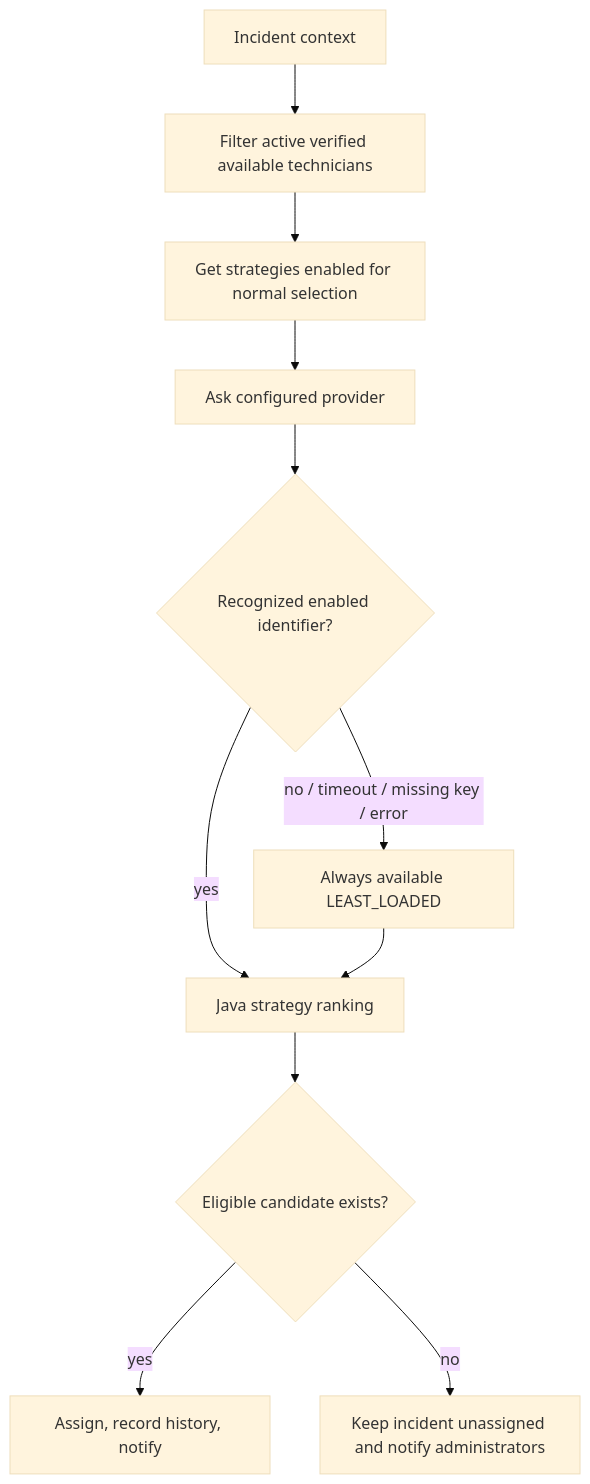
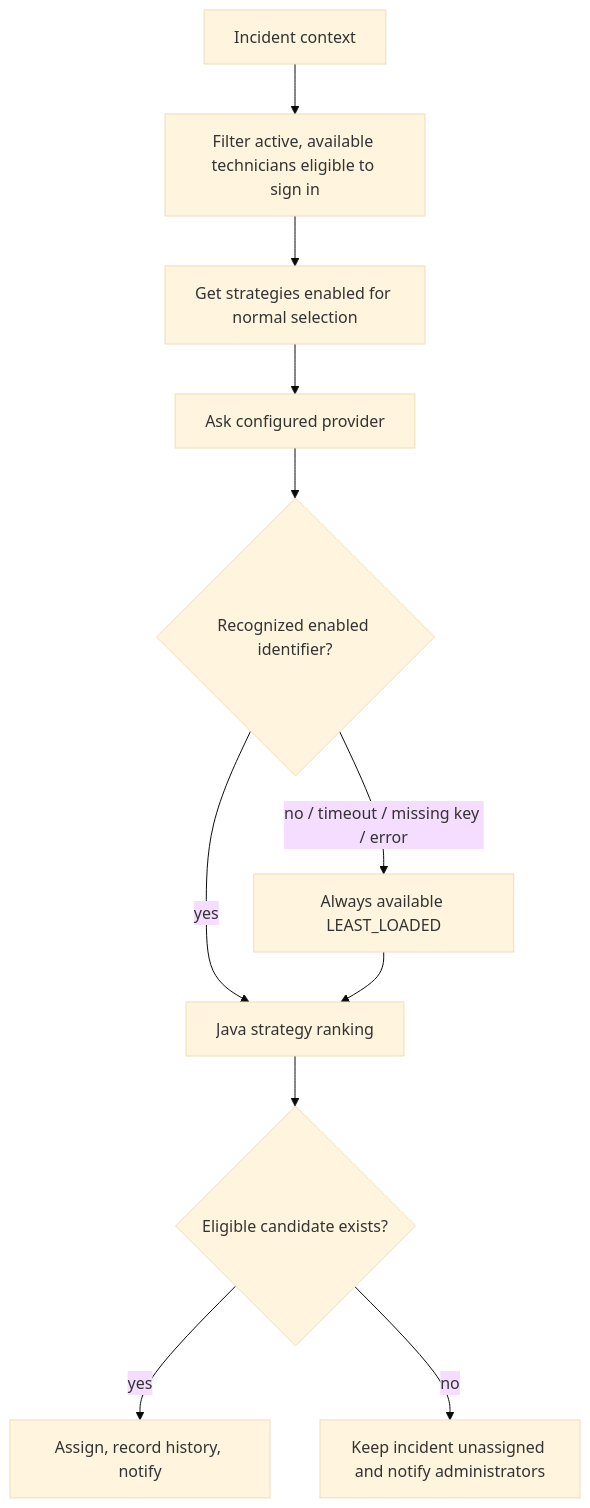
Before and after one commit to Memelord50/iitsm-service-management: the sixth of 7 diagrams in docs/technical-design.md, drawn with Mermaid (base theme). The commit also changed other lines of this file and 45 other files, not shown here.

````diff
--- a/docs/technical-design.md
+++ b/docs/technical-design.md
@@ -234,13 +234,13 @@
 ```mermaid
 flowchart TD
- I[Incident context] --> E[Filter active verified available technicians]
+ I[Incident context] --> E[Filter active, available technicians eligible to sign in]
  E --> N[Get strategies enabled for normal selection]
  N --> AI[Ask configured provider]
  AI --> V{Recognized enabled identifier?}
  V -->|yes| J[Java strategy ranking]
  V -->|no / timeout / missing key / error| F[Always available LEAST_LOADED]
  F --> J
  J --> C{Eligible candidate exists?}
  C -->|yes| A[Assign, record history, notify]
  C -->|no| U[Keep incident unassigned and notify administrators]
 ```
````
